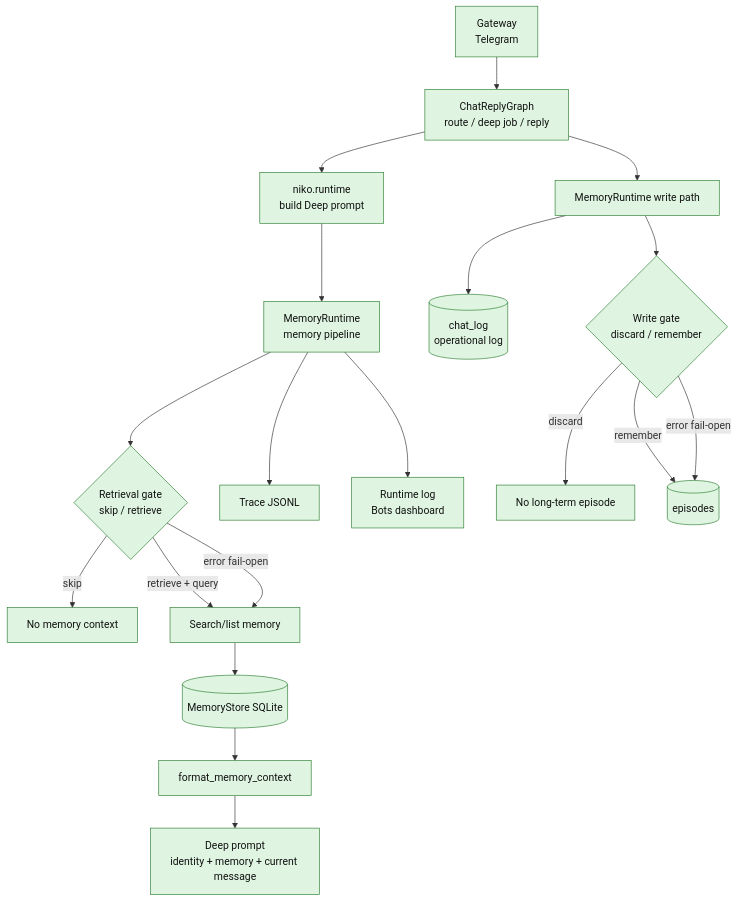
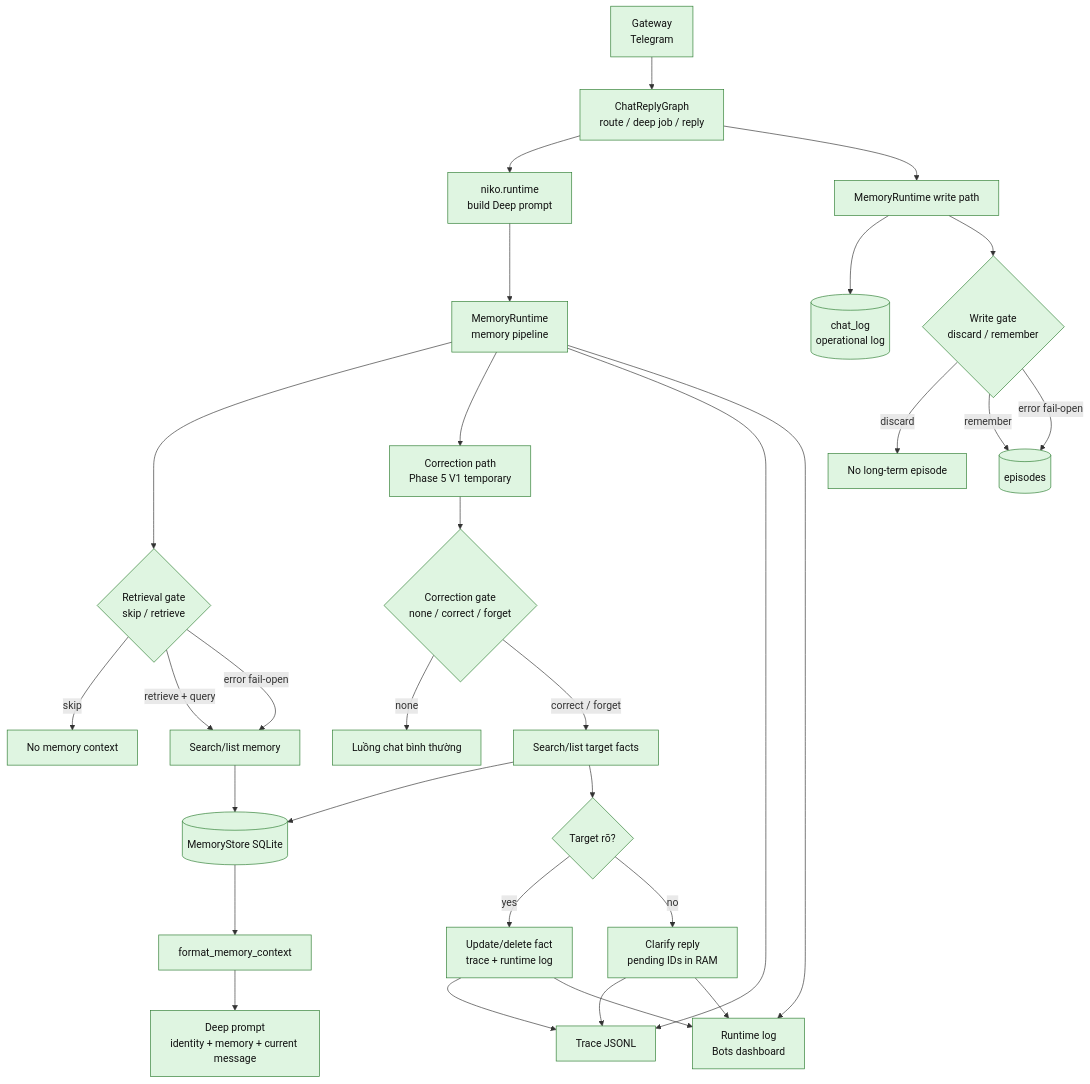
Before and after one commit to LuongAnh1/Niko_Agent: the second of 7 diagrams in docs/memory/chat-memory-architecture-flow.md, drawn with Mermaid. The commit also changed other lines of this file and 1 other file, not shown here.

Commit message:
docs: clarify memory correction flow

````diff
--- a/docs/memory/chat-memory-architecture-flow.md
+++ b/docs/memory/chat-memory-architecture-flow.md
@@ -45,31 +47,44 @@
 ```mermaid
 flowchart TB
     Gateway[Gateway<br/>Telegram] --> ChatGraph[ChatReplyGraph<br/>route / deep job / reply]
     ChatGraph --> DeepRuntime[niko.runtime<br/>build Deep prompt]
     DeepRuntime --> MemoryRuntime[MemoryRuntime<br/>memory pipeline]
 
     MemoryRuntime --> RetrievalGate{Retrieval gate<br/>skip / retrieve}
     RetrievalGate -->|skip| NoMemory[No memory context]
     RetrievalGate -->|retrieve + query| Retriever[Search/list memory]
     RetrievalGate -->|error fail-open| Retriever
 
     Retriever --> Store[(MemoryStore SQLite)]
     Store --> Formatter[format_memory_context]
     Formatter --> DeepPrompt[Deep prompt<br/>identity + memory + current message]
 
     ChatGraph --> WritePath[MemoryRuntime write path]
     WritePath --> ChatLog[(chat_log<br/>operational log)]
     WritePath --> WriteGate{Write gate<br/>discard / remember}
     WriteGate -->|discard| NoEpisode[No long-term episode]
     WriteGate -->|remember| Episode[(episodes)]
     WriteGate -->|error fail-open| Episode
 
+    MemoryRuntime --> CorrectionPath[Correction path<br/>Phase 5 V1 temporary]
+    CorrectionPath --> CorrectionGate{Correction gate<br/>none / correct / forget}
+    CorrectionGate -->|none| NoCorrection[Luồng chat bình thường]
+    CorrectionGate -->|correct / forget| CorrectionSearch[Search/list target facts]
+    CorrectionSearch --> Store
+    CorrectionSearch --> CorrectionMatch{Target rõ?}
+    CorrectionMatch -->|yes| CorrectionApply[Update/delete fact<br/>trace + runtime log]
+    CorrectionMatch -->|no| CorrectionClarify[Clarify reply<br/>pending IDs in RAM]
+
     MemoryRuntime --> Trace[Trace JSONL]
     MemoryRuntime --> RuntimeLog[Runtime log<br/>Bots dashboard]
+    CorrectionApply --> Trace
+    CorrectionClarify --> Trace
+    CorrectionApply --> RuntimeLog
+    CorrectionClarify --> RuntimeLog
 
     classDef done fill:#dff5e1,stroke:#2e7d32,color:#111;
     classDef planned fill:#fff4cc,stroke:#b7791f,color:#111;
     classDef boundary fill:#f3f4f6,stroke:#6b7280,color:#111;
 
-    class Gateway,ChatGraph,DeepRuntime,MemoryRuntime,RetrievalGate,Retriever,Store,Formatter,DeepPrompt,WritePath,ChatLog,WriteGate,Episode,Trace,RuntimeLog,NoMemory,NoEpisode done;
+    class Gateway,ChatGraph,DeepRuntime,MemoryRuntime,RetrievalGate,Retriever,Store,Formatter,DeepPrompt,WritePath,ChatLog,WriteGate,Episode,CorrectionPath,CorrectionGate,NoCorrection,CorrectionSearch,CorrectionMatch,CorrectionApply,CorrectionClarify,Trace,RuntimeLog,NoMemory,NoEpisode done;
 ```
````
